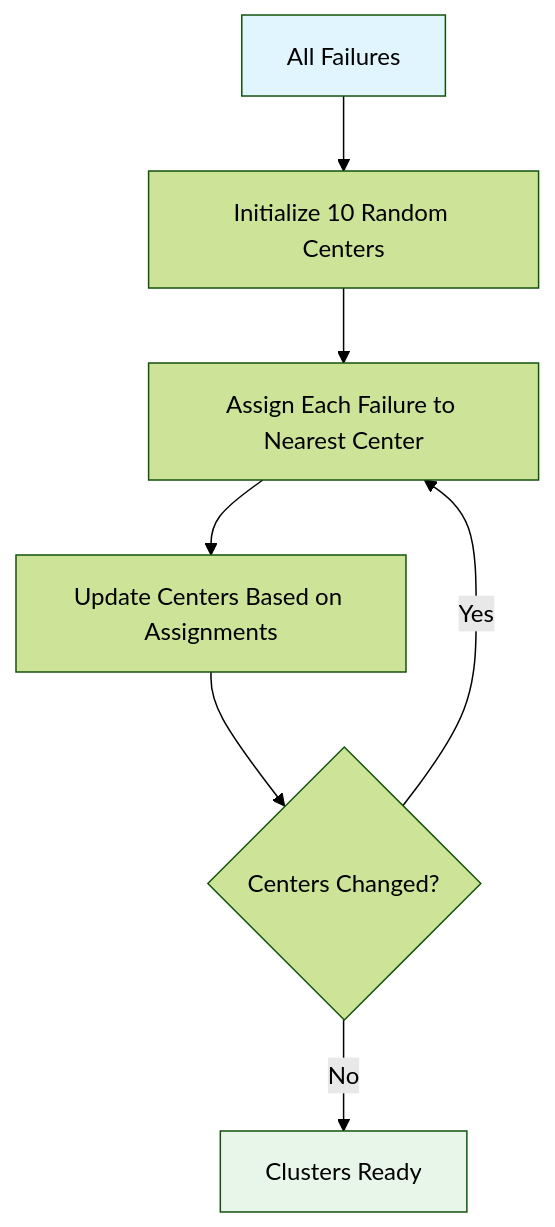
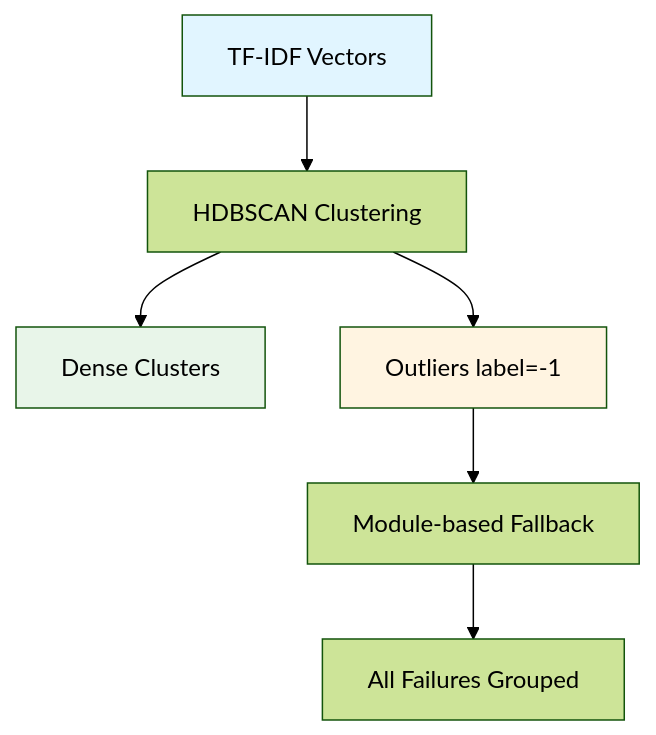
One commit to seen0722/GMS-helper changed the third of 4 diagrams in docs/AI_ANALYSIS.md. Above: the diagram before and after it, drawn with Mermaid (forest theme). The commit also changed other lines of this file and 1 other file, not shown here.

First line of the commit message:
docs: update clustering algorithm docs to reflect HDBSCAN implementation

````diff
--- a/docs/AI_ANALYSIS.md
+++ b/docs/AI_ANALYSIS.md
@@ -70,12 +89,12 @@
 ```mermaid
 graph TB
-    Start[All Failures] --> Init[Initialize 10 Random Centers]
-    Init --> Assign[Assign Each Failure to Nearest Center]
-    Assign --> Update[Update Centers Based on Assignments]
-    Update --> Check{Centers Changed?}
-    Check -->|Yes| Assign
-    Check -->|No| Done[Clusters Ready]
+    Start[TF-IDF Vectors] --> HDBSCAN[HDBSCAN Clustering]
+    HDBSCAN --> Clusters[Dense Clusters]
+    HDBSCAN --> Outliers[Outliers label=-1]
+    Outliers --> Fallback[Module-based Fallback]
+    Fallback --> Final[All Failures Grouped]
     
     style Start fill:#e1f5ff
-    style Done fill:#e8f5e9
+    style Clusters fill:#e8f5e9
+    style Outliers fill:#fff4e1
 ```
````
